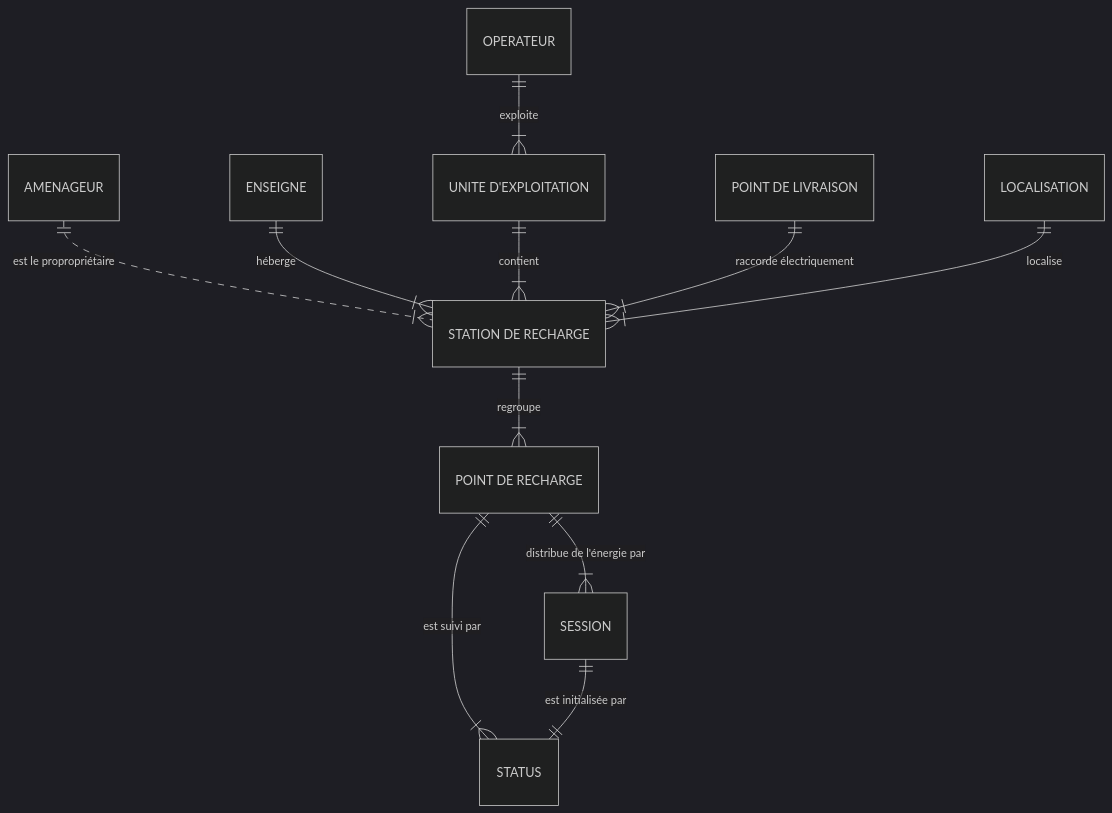
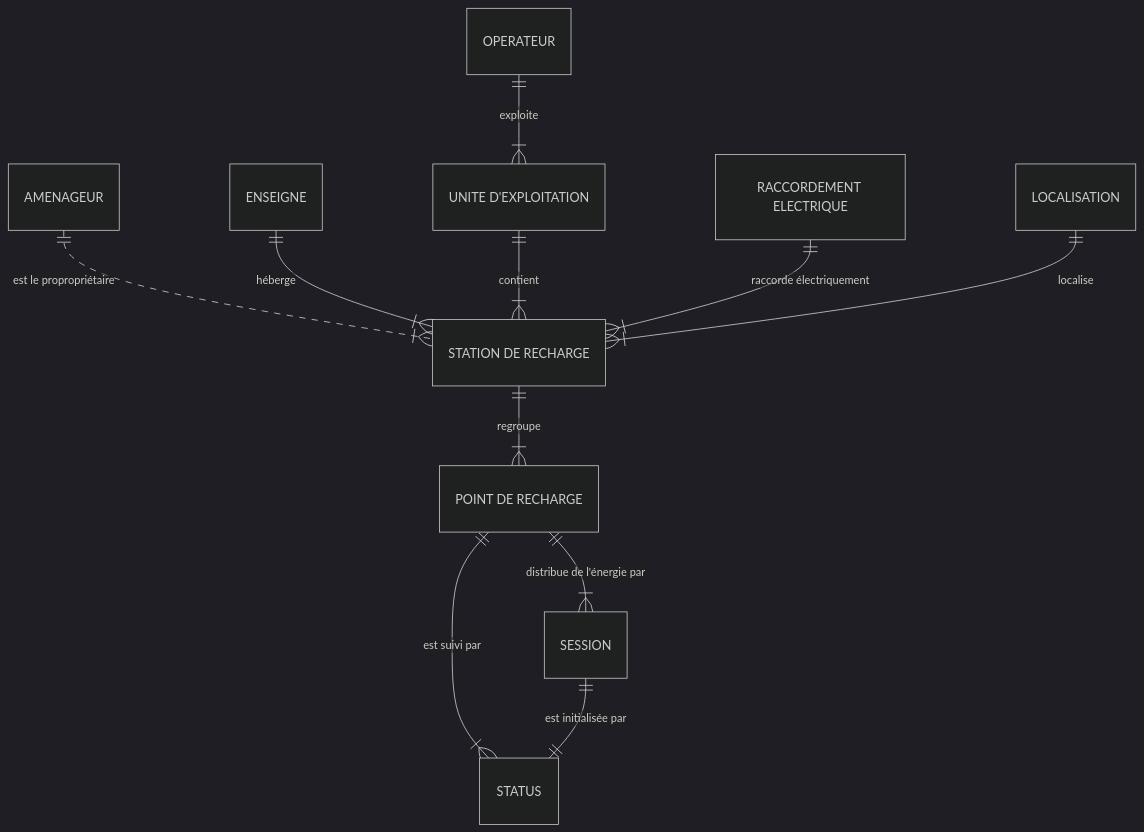
Before and after one commit to loco-philippe/IRVE: the fifth of 16 diagrams in indicateurs/files/donnees.md, drawn with Mermaid (dark theme). The commit also changed other lines of this file, not shown here.

````diff
--- a/indicateurs/files/donnees.md
+++ b/indicateurs/files/donnees.md
@@ -139,13 +141,13 @@
 ```mermaid
 erDiagram
     AMENAGEUR ||..|{ "STATION DE RECHARGE" : "est le propropriétaire"
     ENSEIGNE ||--|{ "STATION DE RECHARGE": "héberge"
     OPERATEUR ||--|{ "UNITE D'EXPLOITATION": "exploite"
     "UNITE D'EXPLOITATION" ||--|{ "STATION DE RECHARGE": "contient"    
-    "POINT DE LIVRAISON" ||--|{ "STATION DE RECHARGE" : "raccorde électriquement"
+    "RACCORDEMENT ELECTRIQUE" ||--|{ "STATION DE RECHARGE" : "raccorde électriquement"
     LOCALISATION ||--|{ "STATION DE RECHARGE": "localise"
     "STATION DE RECHARGE" ||--|{ "POINT DE RECHARGE" : regroupe
     "POINT DE RECHARGE" ||--|{ "STATUS" : "est suivi par"
     "POINT DE RECHARGE" ||--|{ "SESSION" : "distribue de l'énergie par"
     "SESSION" ||--|| "STATUS" : "est initialisée par"
 ```
````
